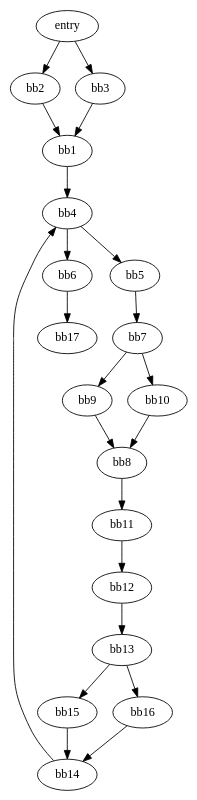
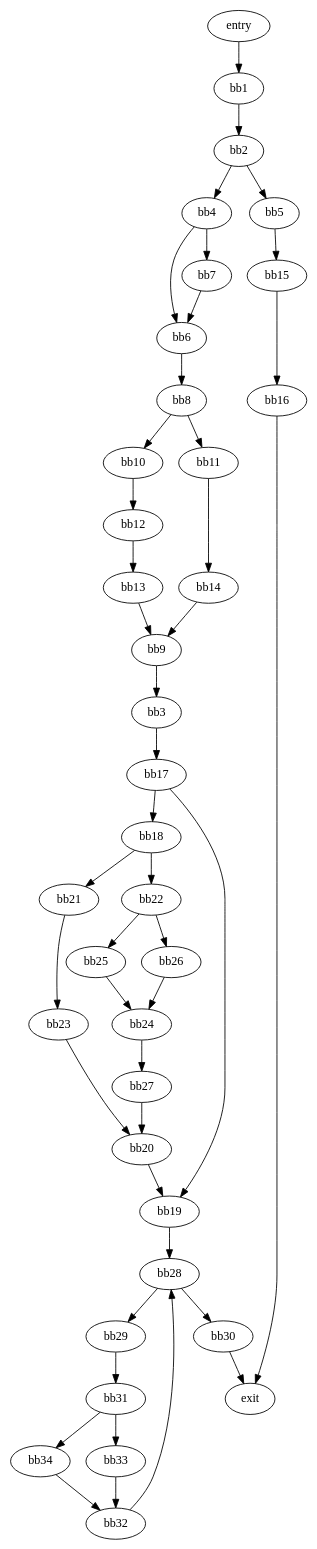
One commit to Youngcius/ucsb-cs260-program-analysis changed the diagram in assign-2/test.dot. Above: the diagram before and after it, drawn with Graphviz. The commit also changed 96 other files, not shown here.

```diff
--- a/assign-2/test.dot
+++ b/assign-2/test.dot
@@ -1,23 +1,45 @@
 digraph G {
-  entry -> bb2;
-  entry -> bb3;
-  bb15 -> bb14;
+  bb22 -> bb25;
+  bb22 -> bb26;
+  bb30 -> exit;
+  bb2 -> bb4;
+  bb2 -> bb5;
+  bb4 -> bb7;
+  bb4 -> bb6;
+  bb14 -> bb9;
+  bb19 -> bb28;
+  bb16 -> exit;
+  bb6 -> bb8;
+  bb33 -> bb32;
+  bb23 -> bb20;
+  bb29 -> bb31;
+  bb32 -> bb28;
+  bb27 -> bb20;
+  bb24 -> bb27;
+  bb15 -> bb16;
+  bb31 -> bb33;
+  bb31 -> bb34;
+  bb7 -> bb6;
+  bb28 -> bb29;
+  bb28 -> bb30;
+  bb3 -> bb17;
+  bb26 -> bb24;
+  bb21 -> bb23;
+  entry -> bb1;
+  bb1 -> bb2;
+  bb12 -> bb13;
+  bb20 -> bb19;
+  bb13 -> bb9;
+  bb34 -> bb32;
+  bb11 -> bb14;
+  bb9 -> bb3;
+  bb8 -> bb10;
   bb8 -> bb11;
-  bb11 -> bb12;
-  bb2 -> bb1;
-  bb3 -> bb1;
-  bb7 -> bb9;
-  bb7 -> bb10;
-  bb9 -> bb8;
-  bb6 -> bb17;
-  bb13 -> bb15;
-  bb13 -> bb16;
-  bb4 -> bb5;
-  bb4 -> bb6;
-  bb1 -> bb4;
-  bb14 -> bb4;
-  bb5 -> bb7;
-  bb12 -> bb13;
-  bb16 -> bb14;
-  bb10 -> bb8;
+  bb17 -> bb18;
+  bb17 -> bb19;
+  bb5 -> bb15;
+  bb10 -> bb12;
+  bb18 -> bb21;
+  bb18 -> bb22;
+  bb25 -> bb24;
 }
```
